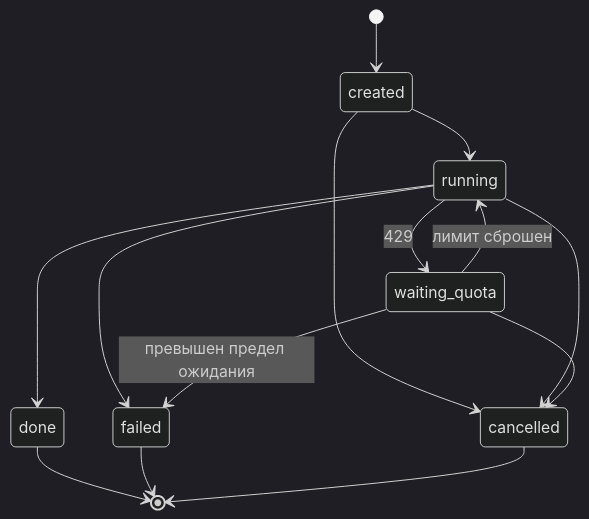
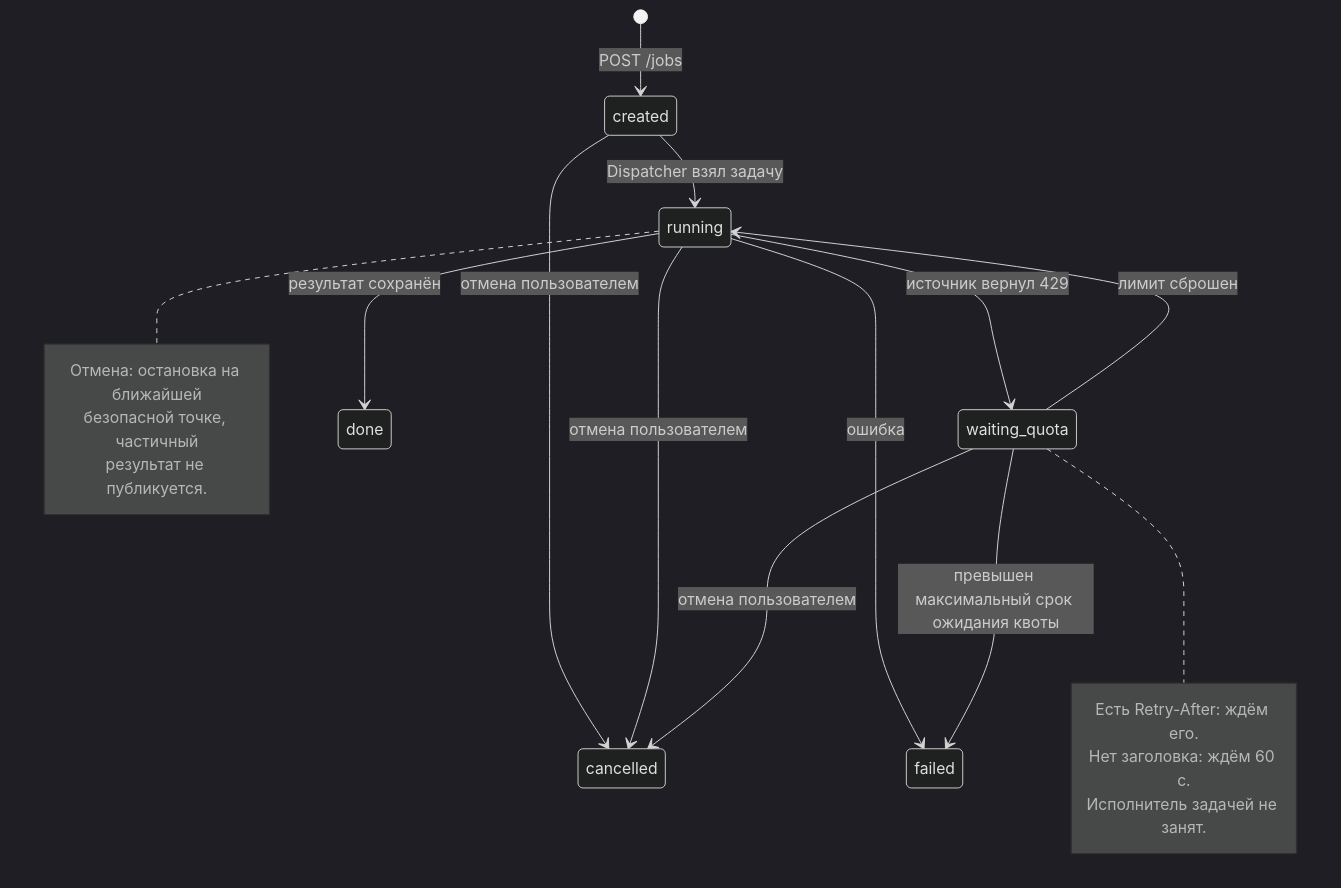
Before and after one commit to AIProgramIngeneering2026/team-arkod: the diagram in docs/requirements.md, drawn with Mermaid (dark theme). The commit also changed other lines of this file, not shown here.

Commit message:
docs: Диаграмма состояний Job и запрещенные переходы

````diff
--- a/docs/requirements.md
+++ b/docs/requirements.md
@@ -206,16 +206,28 @@
 ```mermaid
 stateDiagram-v2
-    [*] --> created
-    created --> running
-    running --> waiting_quota: 429
+    [*] --> created: POST /jobs
+
+    created --> running: Dispatcher взял задачу
+    created --> cancelled: отмена пользователем
+
+    running --> waiting_quota: источник вернул 429
+    running --> done: результат сохранён
+    running --> failed: ошибка
+    running --> cancelled: отмена пользователем
+
     waiting_quota --> running: лимит сброшен
-    running --> done
-    running --> failed
-    waiting_quota --> failed: превышен предел ожидания
-    created --> cancelled
-    running --> cancelled
-    waiting_quota --> cancelled
-    done --> [*]
-    failed --> [*]
-    cancelled --> [*]
+    waiting_quota --> failed: превышен максимальный срок ожидания квоты
+    waiting_quota --> cancelled: отмена пользователем
+
+    note right of running
+        Отмена: остановка на ближайшей
+        безопасной точке, частичный
+        результат не публикуется.
+    end note
+
+    note right of waiting_quota
+        Есть Retry-After: ждём его.
+        Нет заголовка: ждём 60 с.
+        Исполнитель задачей не занят.
+    end note
 ```
````
